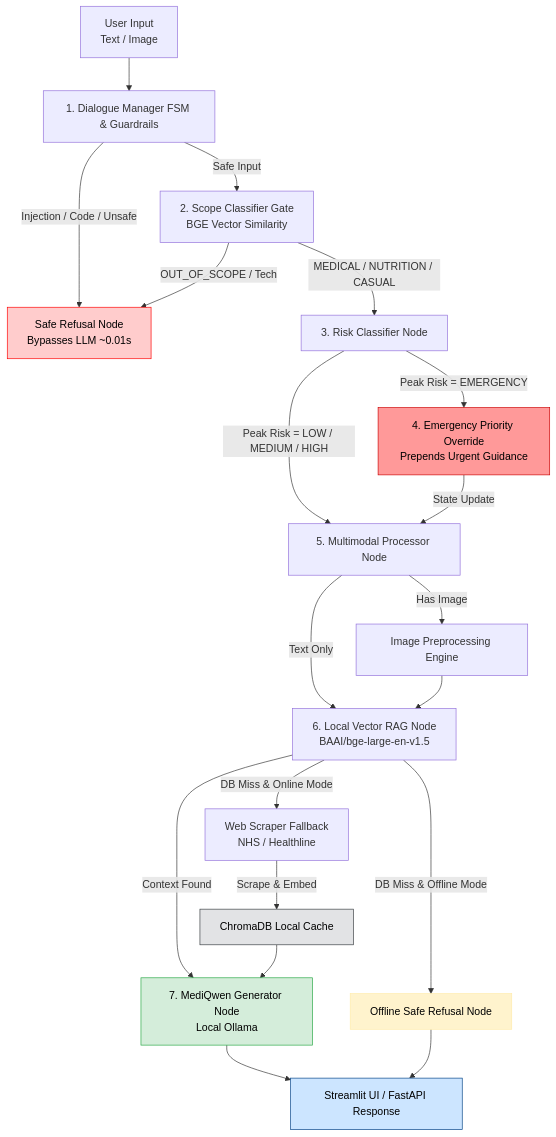
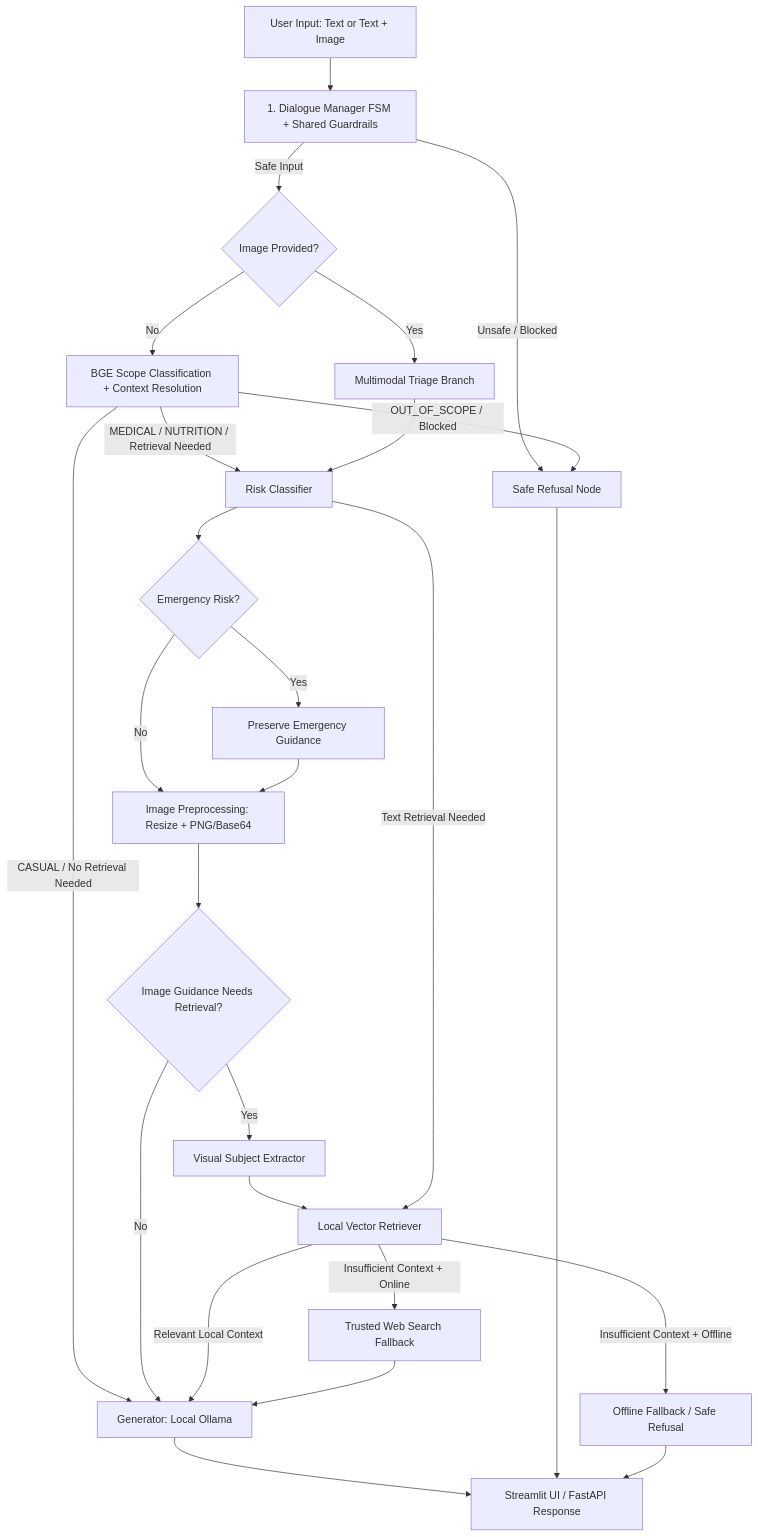
Before and after one commit to SantosRana/MediQwen: the diagram in README.md, drawn with Mermaid. The commit also changed other lines of this file and 10 other files, not shown here.

First line of the commit message:
feat(agent): fix retrieval trigger logic, harden Stage 1 visual extraction, and optimize graph routing

````diff
--- a/README.md
+++ b/README.md
@@ -59,35 +59,34 @@
 ```mermaid
 flowchart TD
-    A[User Input<br/> Text / Image] --> B[1. Dialogue Manager FSM & Guardrails]
-    
-    B -->|Injection / Code / Unsafe| R[Safe Refusal Node<br/>Bypasses LLM ~0.01s]
-    B -->|Safe Input| SC[2. Scope Classifier Gate<br/>BGE Vector Similarity]
-    
-    SC -->|OUT_OF_SCOPE / Tech| R
-    SC -->|MEDICAL / NUTRITION / CASUAL| C[3. Risk Classifier Node]
-    
-    C -->|Peak Risk = EMERGENCY| E[4. Emergency Priority Override<br/>Prepends Urgent Guidance]
-    C -->|Peak Risk = LOW / MEDIUM / HIGH| M[5. Multimodal Processor Node]
-    E -->|State Update| M
-    
-    M -->|Has Image| P[Image Preprocessing Engine]
-    M -->|Text Only| V[6. Local Vector RAG Node<br/>BAAI/bge-large-en-v1.5]
-    P --> V
-    
-    V -->|Context Found| G[7. MediQwen Generator Node<br/>Local Ollama]
-    V -->|DB Miss & Online Mode| W[Web Scraper Fallback<br/>NHS / Healthline]
-    V -->|DB Miss & Offline Mode| SR[Offline Safe Refusal Node]
-    
-    W -->|Scrape & Embed| CH[ChromaDB Local Cache]
-    CH --> G
-    
+    A[User Input: Text or Text + Image] --> B[1. Dialogue Manager FSM + Shared Guardrails]
+    B -->|Unsafe / Blocked| R[Safe Refusal Node]
+    B -->|Safe Input| D{Image Provided?}
+
+    D -->|Yes| M[Multimodal Triage Branch]
+    D -->|No| S[BGE Scope Classification + Context Resolution]
+
+    S -->|OUT_OF_SCOPE / Blocked| R
+    S -->|CASUAL / No Retrieval Needed| G[Generator: Local Ollama]
+    S -->|MEDICAL / NUTRITION / Retrieval Needed| C[Risk Classifier]
+    M --> C
+
+    C --> E{Emergency Risk?}
+    E -->|Yes| EG[Preserve Emergency Guidance]
+    E -->|No| P[Image Preprocessing: Resize + PNG/Base64]
+    EG --> P
+
+    P --> Q{Image Guidance Needs Retrieval?}
+    Q -->|Yes| X[Visual Subject Extractor]
+    Q -->|No| G
+
+    X --> V[Local Vector Retriever]
+    C -->|Text Retrieval Needed| V
+
+    V -->|Relevant Local Context| G
+    V -->|Insufficient Context + Online| W[Trusted Web Search Fallback]
+    V -->|Insufficient Context + Offline| F[Offline Fallback / Safe Refusal]
+    W --> G
     G --> O[Streamlit UI / FastAPI Response]
-    SR --> O
-
-    style R fill:#ffcccc,stroke:#ff0000,color:#000
-    style SR fill:#fff3cd,stroke:#ffebaa,color:#000
-    style E fill:#ff9999,stroke:#cc0000,color:#000
-    style G fill:#d4edda,stroke:#28a745,color:#000
-    style O fill:#cce5ff,stroke:#004085,color:#000
-    style CH fill:#e2e3e5,stroke:#383d41,color:#000
+    R --> O
+    F --> O
 ```
````
